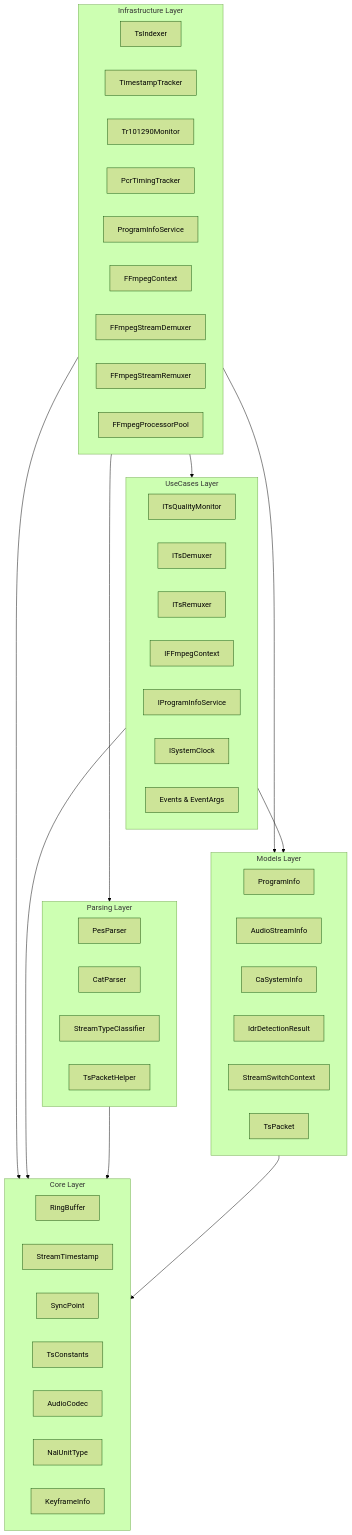
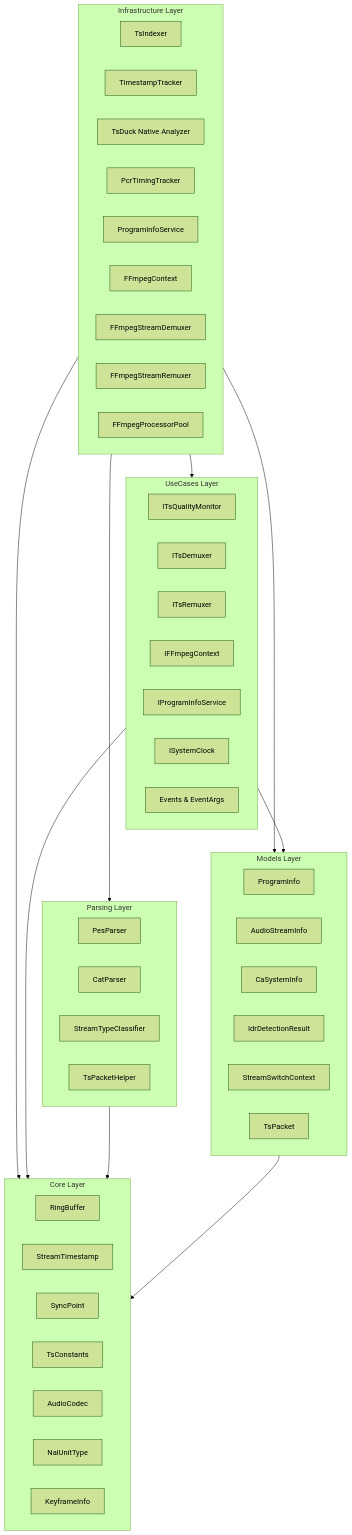
Before and after one commit to magyargergo/Jellyfin.Xtream: the first of 9 diagrams in Jellyfin.Xtream/Service/MpegTs/README.md, drawn with Mermaid (forest theme). The commit also changed other lines of this file and 15 other files, not shown here.

````diff
--- a/Jellyfin.Xtream/Service/MpegTs/README.md
+++ b/Jellyfin.Xtream/Service/MpegTs/README.md
@@ -11,59 +11,59 @@
 ```mermaid
 graph TB
     subgraph Infrastructure["Infrastructure Layer"]
         TsIndexer[TsIndexer]
         TimestampTracker[TimestampTracker]
-        Tr101290Monitor[Tr101290Monitor]
+        TsDuckAnalyzer[TsDuck Native Analyzer]
         PcrTimingTracker[PcrTimingTracker]
         ProgramInfoService[ProgramInfoService]
         FFmpegContext[FFmpegContext]
         FFmpegDemuxer[FFmpegStreamDemuxer]
         FFmpegRemuxer[FFmpegStreamRemuxer]
         ProcessorPool[FFmpegProcessorPool]
     end
 
     subgraph UseCases["UseCases Layer"]
         ITsQualityMonitor[ITsQualityMonitor]
         ITsDemuxer[ITsDemuxer]
         ITsRemuxer[ITsRemuxer]
         IFFmpegContext[IFFmpegContext]
         IProgramInfoService[IProgramInfoService]
         ISystemClock[ISystemClock]
         Events[Events & EventArgs]
     end
 
     subgraph Parsing["Parsing Layer"]
         PesParser[PesParser]
         CatParser[CatParser]
         StreamTypeClassifier[StreamTypeClassifier]
         TsPacketHelper[TsPacketHelper]
     end
 
     subgraph Core["Core Layer"]
         RingBuffer[RingBuffer]
         StreamTimestamp[StreamTimestamp]
         SyncPoint[SyncPoint]
         TsConstants[TsConstants]
         AudioCodec[AudioCodec]
         NalUnitType[NalUnitType]
         KeyframeInfo[KeyframeInfo]
     end
 
     subgraph Models["Models Layer"]
         ProgramInfo[ProgramInfo]
         AudioStreamInfo[AudioStreamInfo]
         CaSystemInfo[CaSystemInfo]
         IdrDetectionResult[IdrDetectionResult]
         StreamSwitchContext[StreamSwitchContext]
         TsPacket[TsPacket]
     end
 
     Infrastructure --> UseCases
     Infrastructure --> Parsing
     Infrastructure --> Core
     Infrastructure --> Models
     UseCases --> Core
     UseCases --> Models
     Parsing --> Core
     Models --> Core
 ```
````
